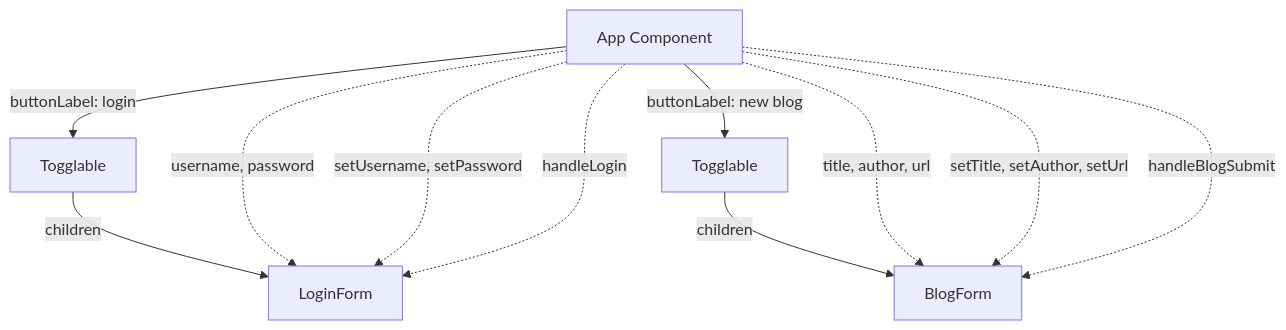
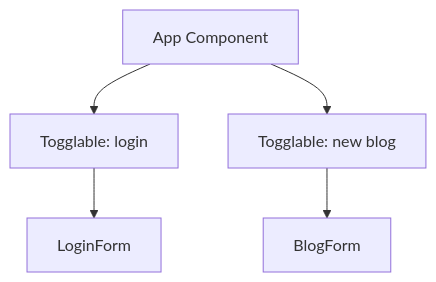
Before and after one commit to Reinhardbett/full-stack-open: the diagram in part5/bloglist-frontend/README.md, drawn with Mermaid.

Commit message:
docs: updated mermaid syntax

````diff
--- a/part5/bloglist-frontend/README.md
+++ b/part5/bloglist-frontend/README.md
@@ -139,19 +139,8 @@
 ```mermaid
 graph TD
-    A[App Component] -->|buttonLabel: login| B[Togglable]
-    A -->|buttonLabel: new blog| D[Togglable]
+    A[App Component] --> B[Togglable: login]
+    B --> C[LoginForm]
 
-    %% Togglable children
-    B -->|children| C[LoginForm]
-    D -->|children| E[BlogForm]
-
-    %% App state and handlers passed to LoginForm
-    A -.->|username, password| C
-    A -.->|setUsername, setPassword| C
-    A -.->|handleLogin| C
-
-    %% App state and handlers passed to BlogForm
-    A -.->|title, author, url| E
-    A -.->|setTitle, setAuthor, setUrl| E
-    A -.->|handleBlogSubmit| E
+    A[App Component] --> D[Togglable: new blog]
+    D --> E[BlogForm]
 ```
````
